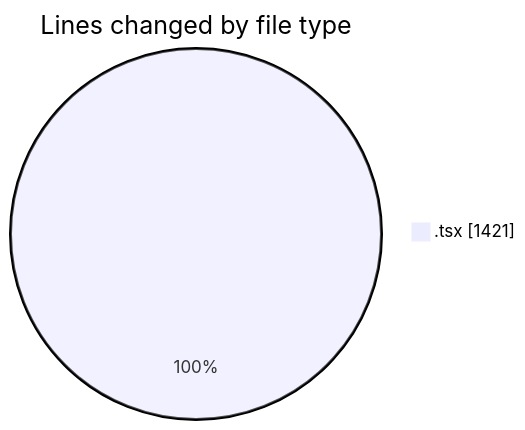
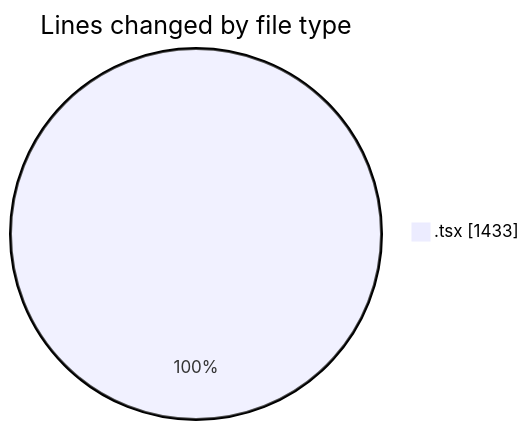
One commit to nxtqubesakshisongat/code-tracking changed the first of 2 diagrams in 2026-02-02/nxtqube_webapp/README.md. Above: the diagram before and after it, drawn with Mermaid. The commit also changed other lines of this file and 1 other file, not shown here.

````diff
--- a/2026-02-02/nxtqube_webapp/README.md
+++ b/2026-02-02/nxtqube_webapp/README.md
@@ -23,5 +23,5 @@
 ```mermaid
 pie showData
 title Lines changed by file type
-".tsx" : 1421
+".tsx" : 1433
 ```
````
